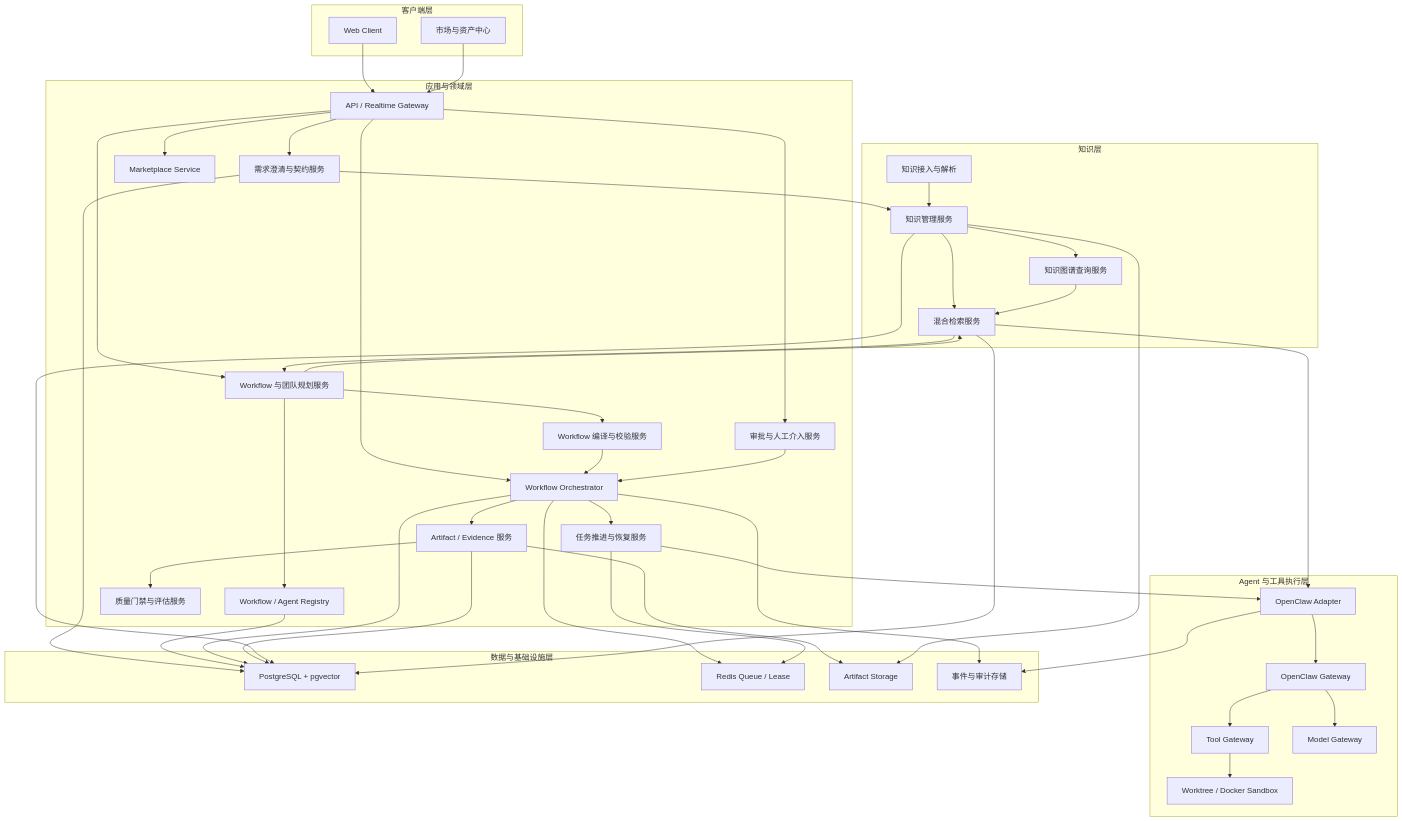
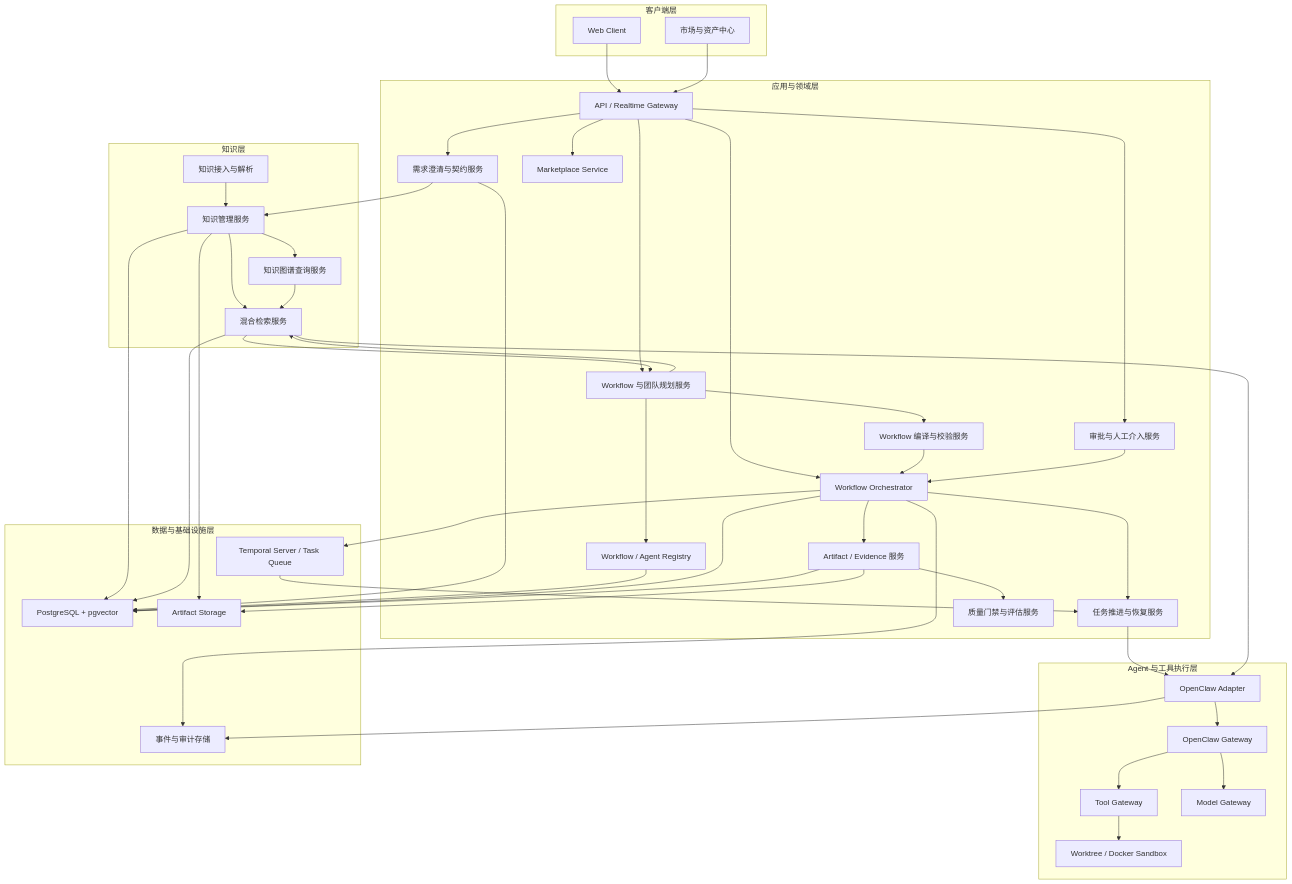
The third of 28 diagrams in docs/04-design/detailed-design-v1.md (Logayan/agent-arena), drawn with Mermaid before and after one commit. The commit also changed other lines of this file and 32 other files, not shown here.

```diff
--- a/docs/04-design/detailed-design-v1.md
+++ b/docs/04-design/detailed-design-v1.md
@@ -165,7 +257,7 @@
 
     subgraph DATA["数据与基础设施层"]
         PG["PostgreSQL + pgvector"]
-        REDIS["Redis Queue / Lease"]
+        TEMPORAL["Temporal Server / Task Queue"]
         BLOB["Artifact Storage"]
         EVENT["事件与审计存储"]
     end
@@ -206,8 +298,8 @@
     ART --> PG
     KMS --> PG
     SEARCH --> PG
-    ORCH --> REDIS
-    RUNCTRL --> REDIS
+    ORCH --> TEMPORAL
+    TEMPORAL --> RUNCTRL
     ART --> BLOB
     KMS --> BLOB
     ORCH --> EVENT
```
